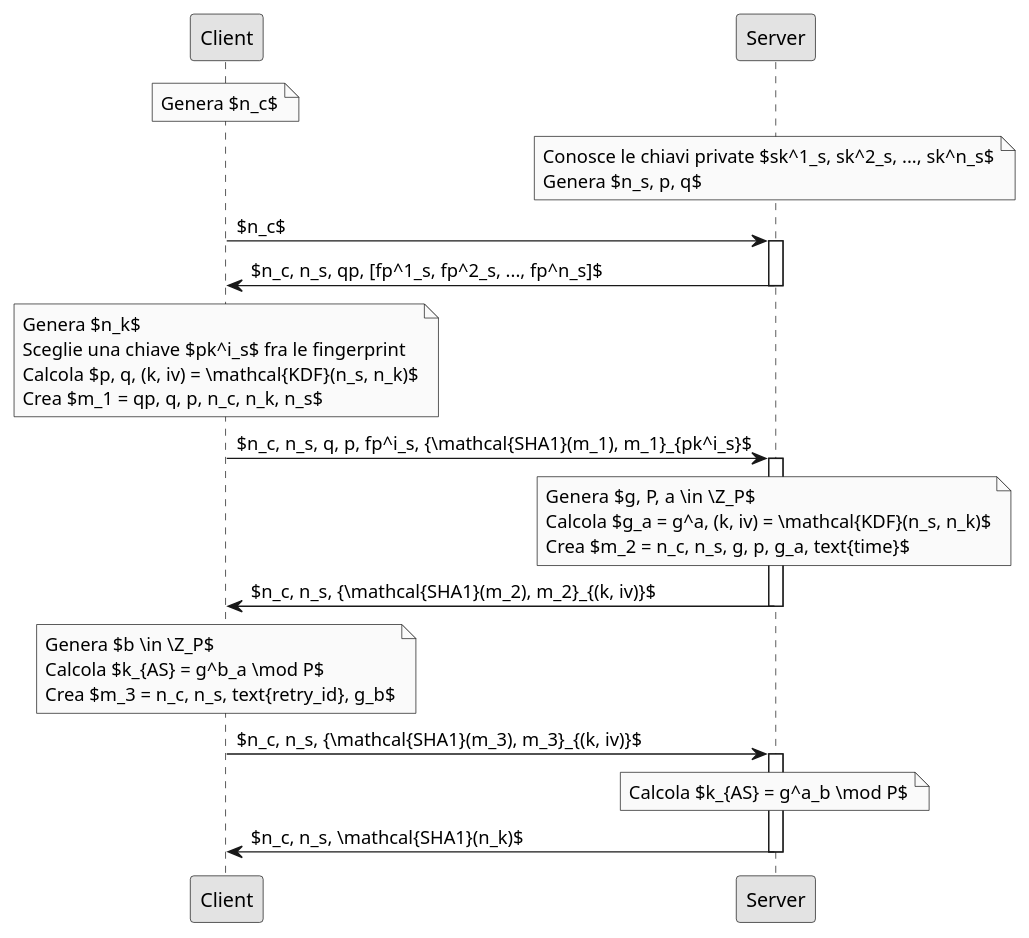
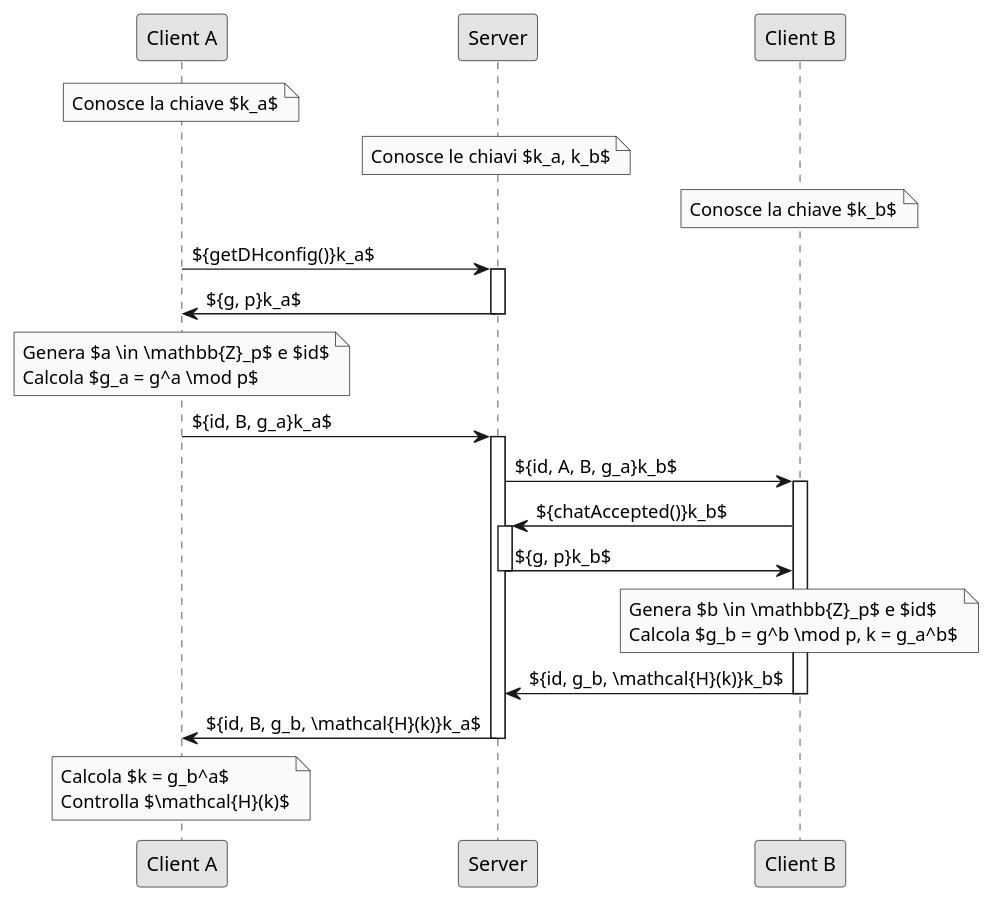
The diagram in Tamarin/docs/diagram/MTProto_Secret_Chat.puml (TendTo/Computer-Security), drawn with PlantUML before and after one commit. The commit also changed 11 other files, not shown here.

```diff
--- a/Tamarin/docs/diagram/MTProto_Secret_Chat.puml
+++ b/Tamarin/docs/diagram/MTProto_Secret_Chat.puml
@@ -1,52 +1,49 @@
 @startuml MTProto_Secret_Chat
 
 skinparam Monochrome true
 skinparam Shadowing false
 
-participant c as "Client"
+participant a as "Client A"
 participant s as "Server"
+participant b as "Client B"
 
-note over c
-Genera $n_c$
+note over a
+Conosce la chiave $k_a$
 end note
 
 note over s
-Conosce le chiavi private $sk^1_s, sk^2_s, ..., sk^n_s$
-Genera $n_s, p, q$
+Conosce le chiavi $k_a, k_b$
 end note
 
-c -> s ++ : $n_c$
-c <- s -- : $n_c, n_s, qp, [fp^1_s, fp^2_s, ..., fp^n_s]$
-
-note over c
-Genera $n_k$
-Sceglie una chiave $pk^i_s$ fra le fingerprint
-Calcola $p, q, (k, iv) = \mathcal{KDF}(n_s, n_k)$
-Crea $m_1 = qp, q, p, n_c, n_k, n_s$
+note over b
+Conosce la chiave $k_b$
 end note
 
-c -> s ++ : $n_c, n_s, q, p, fp^i_s, {\mathcal{SHA1}(m_1), m_1}_{pk^i_s}$
+a -> s ++ : ${getDHconfig()}k_a$
+a <- s -- : ${g, p}k_a$
 
-note over s
-Genera $g, P, a \in \Z_P$
-Calcola $g_a = g^a, (k, iv) = \mathcal{KDF}(n_s, n_k)$
-Crea $m_2 = n_c, n_s, g, p, g_a, text{time}$
+note over a
+Genera $a \in \mathbb{Z}_p$ e $id$
+Calcola $g_a = g^a \mod p$
 end note
 
-c <- s -- : $n_c, n_s, {\mathcal{SHA1}(m_2), m_2}_{(k, iv)}$
+a -> s ++ : ${id, B, g_a}k_a$
+s -> b ++ : ${id, A, B, g_a}k_b$
+s <- b ++: ${chatAccepted()}k_b$
+s -> b -- :  ${g, p}k_b$
+
+note over b
+Genera $b \in \mathbb{Z}_p$ e $id$
+Calcola $g_b = g^b \mod p, k = g_a^b$
+end note
+
+s <- b -- : ${id, g_b, \mathcal{H}(k)}k_b$
+a <- s -- : ${id, B, g_b, \mathcal{H}(k)}k_a$
 
 
-note over c
-Genera $b \in \Z_P$
-Calcola $k_{AS} = g^b_a \mod P$
-Crea $m_3 = n_c, n_s, text{retry_id}, g_b$
+note over a
+Calcola $k = g_b^a$
+Controlla $\mathcal{H}(k)$
 end note
 
-c -> s ++ : $n_c, n_s, {\mathcal{SHA1}(m_3), m_3}_{(k, iv)}$
-
-note over s
-Calcola $k_{AS} = g^a_b \mod P$
-end note
-
-c <- s -- : $n_c, n_s, \mathcal{SHA1}(n_k)$
 @enduml
```
